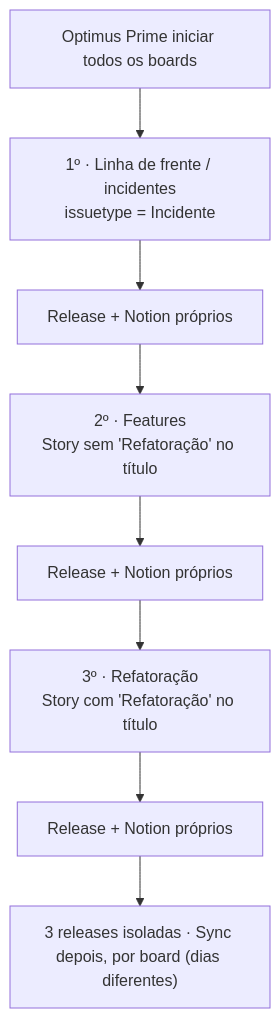
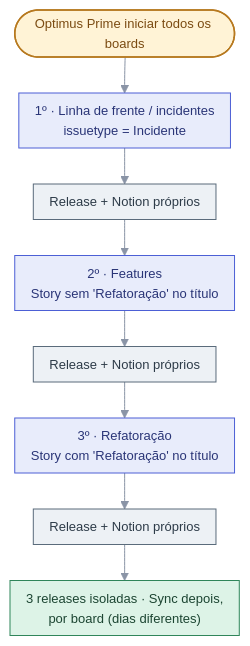
One commit to BertoRcsb/workflow-automation-management changed the diagram in docs/diagramas/06-varredura-boards.mmd. Above: the diagram before and after it, drawn with Mermaid. The commit also changed 57 other files, not shown here.

First line of the commit message:
docs: replace approver name with 'usuário' and restyle all diagrams

```diff
--- a/docs/diagramas/06-varredura-boards.mmd
+++ b/docs/diagramas/06-varredura-boards.mmd
@@ -1,8 +1,14 @@
+%%{init: {"theme":"base","themeVariables":{"fontFamily":"Segoe UI, Helvetica, Arial, sans-serif","fontSize":"13px","lineColor":"#8A94A6","primaryColor":"#EDF1F5","primaryBorderColor":"#5A6B7B","primaryTextColor":"#2D3B48","clusterBkg":"#FAFBFC","clusterBorder":"#D5DBE3","edgeLabelBackground":"#FFFFFF"},"flowchart":{"curve":"basis","nodeSpacing":28,"rankSpacing":36,"padding":8}}}%%
 flowchart TD
-    S["Optimus Prime iniciar todos os boards"] --> B1["1º · Linha de frente / incidentes<br>issuetype = Incidente"]
-    B1 --> R1["Release + Notion próprios"]
-    R1 --> B2["2º · Features<br>Story sem 'Refatoração' no título"]
-    B2 --> R2["Release + Notion próprios"]
-    R2 --> B3["3º · Refatoração<br>Story com 'Refatoração' no título"]
-    B3 --> R3["Release + Notion próprios"]
-    R3 --> F["3 releases isoladas · Sync depois, por board (dias diferentes)"]
+    S(["Optimus Prime iniciar todos os boards"]):::humano --> B1["1º · Linha de frente / incidentes<br>issuetype = Incidente"]:::llm
+    B1 --> R1["Release + Notion próprios"]:::io
+    R1 --> B2["2º · Features<br>Story sem 'Refatoração' no título"]:::llm
+    B2 --> R2["Release + Notion próprios"]:::io
+    R2 --> B3["3º · Refatoração<br>Story com 'Refatoração' no título"]:::llm
+    B3 --> R3["Release + Notion próprios"]:::io
+    R3 --> F["3 releases isoladas · Sync depois,<br>por board (dias diferentes)"]:::det
+    classDef humano fill:#FFF3D6,stroke:#B7791F,color:#7B4B12,stroke-width:1.5px
+    classDef llm fill:#E8ECFB,stroke:#4C5FD5,color:#2A3577
+    classDef det fill:#DDF3E7,stroke:#2F855A,color:#1C4532
+    classDef io fill:#EDF1F5,stroke:#5A6B7B,color:#2D3B48
+    classDef alerta fill:#FBE1E1,stroke:#C53030,color:#742A2A
```
